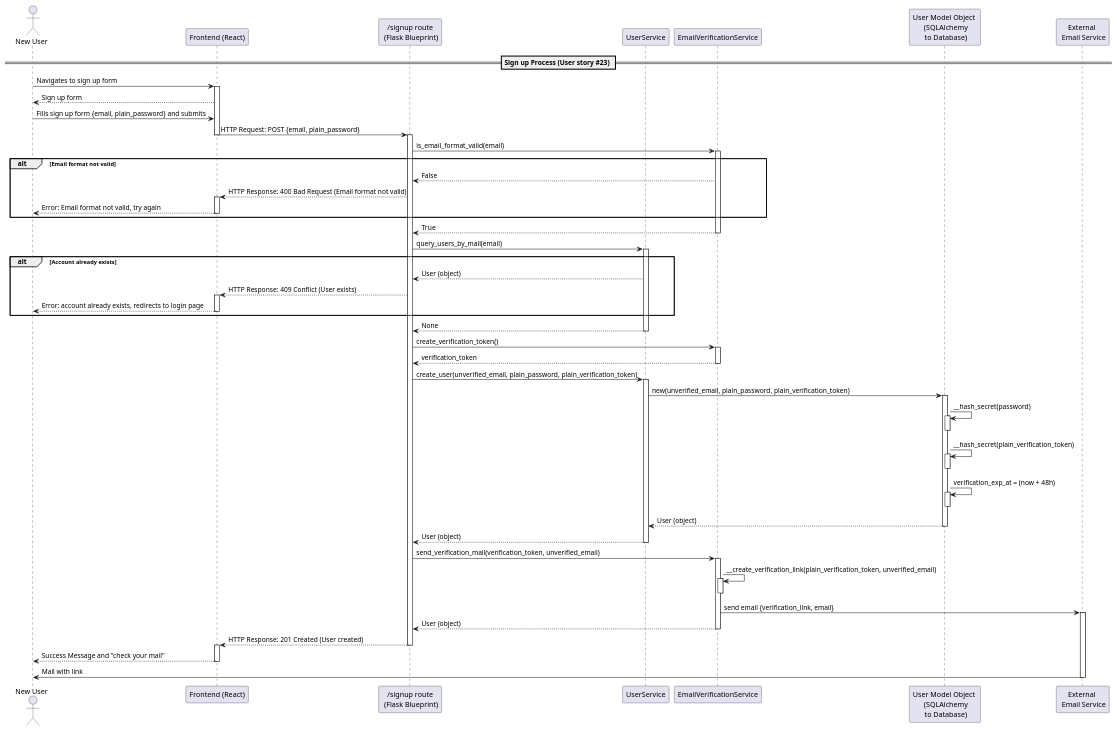
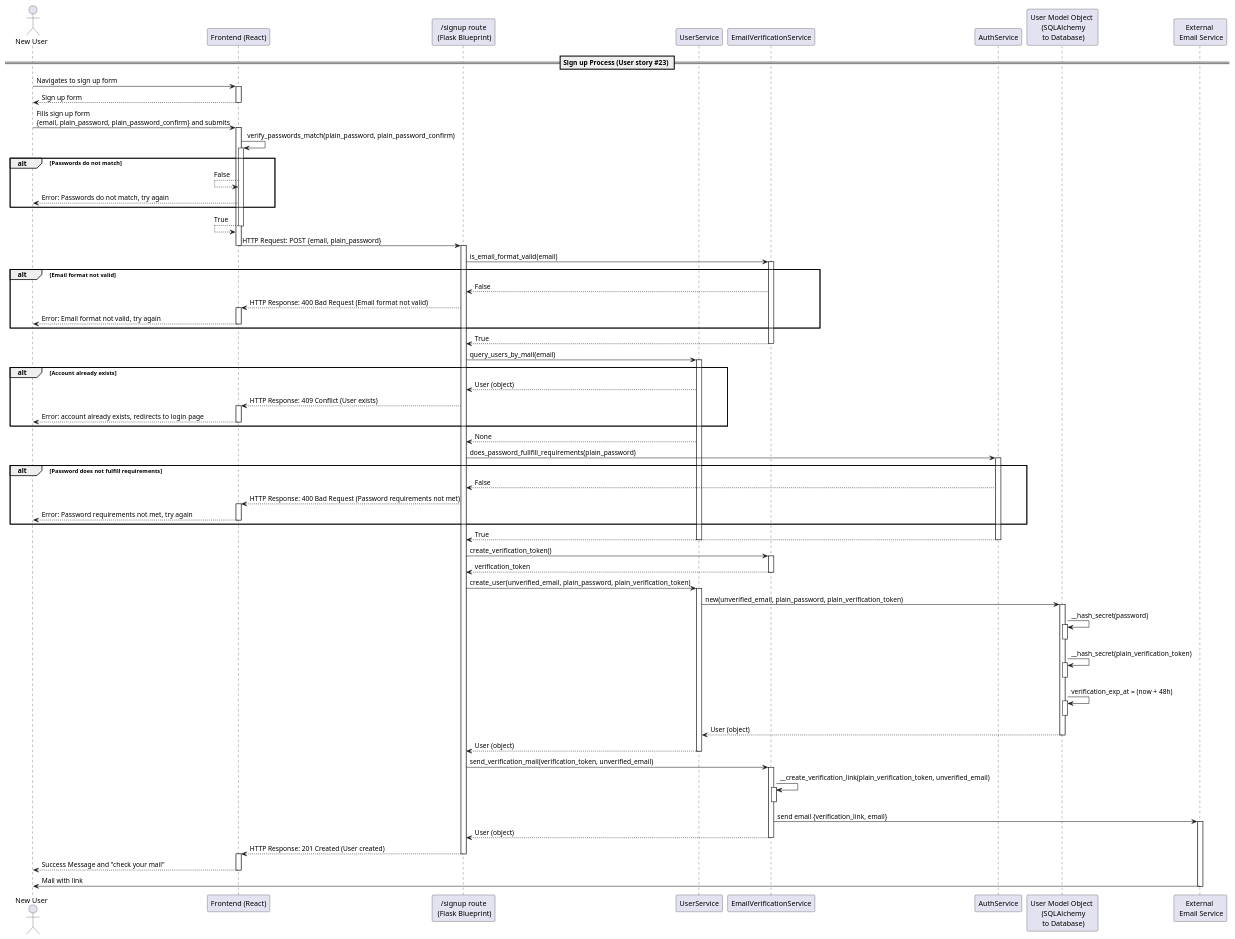
One commit to dominikoetiker/TheMentalLoadHub changed the diagram in docs/src/diagrams/uml/sequence/account_management/sign_up.puml. Above: the diagram before and after it, drawn with PlantUML. The commit also changed 5 other files, not shown here.

Commit message:
update account sequence diagram

```diff
--- a/docs/src/diagrams/uml/sequence/account_management/sign_up.puml
+++ b/docs/src/diagrams/uml/sequence/account_management/sign_up.puml
@@ -1,78 +1,100 @@
 @startuml SignUpSequence
 actor "New User" as AppUser
 participant "Frontend (React)" as FE
 participant "/signup route\n (Flask Blueprint)" as SR
 participant "UserService" as US
 participant "EmailVerificationService" as ES
+participant "AuthService" as AS
 participant "User Model Object \n (SQLAlchemy\n to Database)" as UM
 participant "External \n Email Service" as Mail
 
 == Sign up Process (User story #23) ==
 AppUser -> FE : Navigates to sign up form
 activate FE
 AppUser <-- FE : Sign up form
-AppUser -> FE : Fills sign up form {email, plain_password} and submits
+deactivate FE
+AppUser -> FE : Fills sign up form\n{email, plain_password, plain_password_confirm} and submits
+activate FE
+FE -> FE : verify_passwords_match(plain_password, plain_password_confirm)
+activate FE
+alt Passwords do not match
+    FE <-- FE : False
+    AppUser <-- FE : Error: Passwords do not match, try again
+end
+FE <-- FE : True
+deactivate FE
 FE -> SR : HTTP Request: POST {email, plain_password}
 deactivate FE
 activate SR
 SR -> ES : is_email_format_valid(email)
 activate ES
 alt Email format not valid
     SR <-- ES : False
     FE <-- SR : HTTP Response: 400 Bad Request (Email format not valid)
     activate FE
     AppUser <-- FE : Error: Email format not valid, try again
     deactivate FE
 end
 SR <-- ES : True
 deactivate ES
 SR -> US : query_users_by_mail(email)
 activate US
 alt Account already exists
     SR <-- US : User (object)
     FE <-- SR : HTTP Response: 409 Conflict (User exists)
     activate FE
     AppUser <-- FE : Error: account already exists, redirects to login page
     deactivate FE
 end
 SR <-- US : None
+SR -> AS : does_password_fullfill_requirements(plain_password)
+activate AS
+alt Password does not fulfill requirements
+    SR <-- AS : False
+    FE <-- SR : HTTP Response: 400 Bad Request (Password requirements not met)
+    activate FE
+    AppUser <-- FE : Error: Password requirements not met, try again
+    deactivate FE
+end
+SR <-- AS : True
+deactivate AS
 deactivate US
 SR -> ES : create_verification_token()
 activate ES
 SR <-- ES : verification_token
 deactivate ES
 SR -> US : create_user(unverified_email, plain_password, plain_verification_token)
 activate US
 US -> UM : new(unverified_email, plain_password, plain_verification_token)
 activate UM
 UM -> UM : __hash_secret(password)
 activate UM
 deactivate UM
 UM -> UM : __hash_secret(plain_verification_token)
 activate UM
 deactivate UM
 UM -> UM : verification_exp_at = (now + 48h)
 activate UM
 deactivate UM
 US <-- UM : User (object)
 deactivate UM
 SR <-- US : User (object)
 deactivate US
 SR -> ES : send_verification_mail(verification_token, unverified_email)
 activate ES
 ES -> ES : __create_verification_link(plain_verification_token, unverified_email)
 activate ES
 deactivate ES
 ES -> Mail : send email {verification_link, email}
 activate Mail
 SR <-- ES : User (object)
 deactivate ES
 deactivate ES
 FE <-- SR : HTTP Response: 201 Created (User created)
 deactivate SR
 activate FE
 AppUser <-- FE : Success Message and "check your mail"
 deactivate FE
 AppUser <- Mail : Mail with link
 deactivate Mail
 @enduml
```
